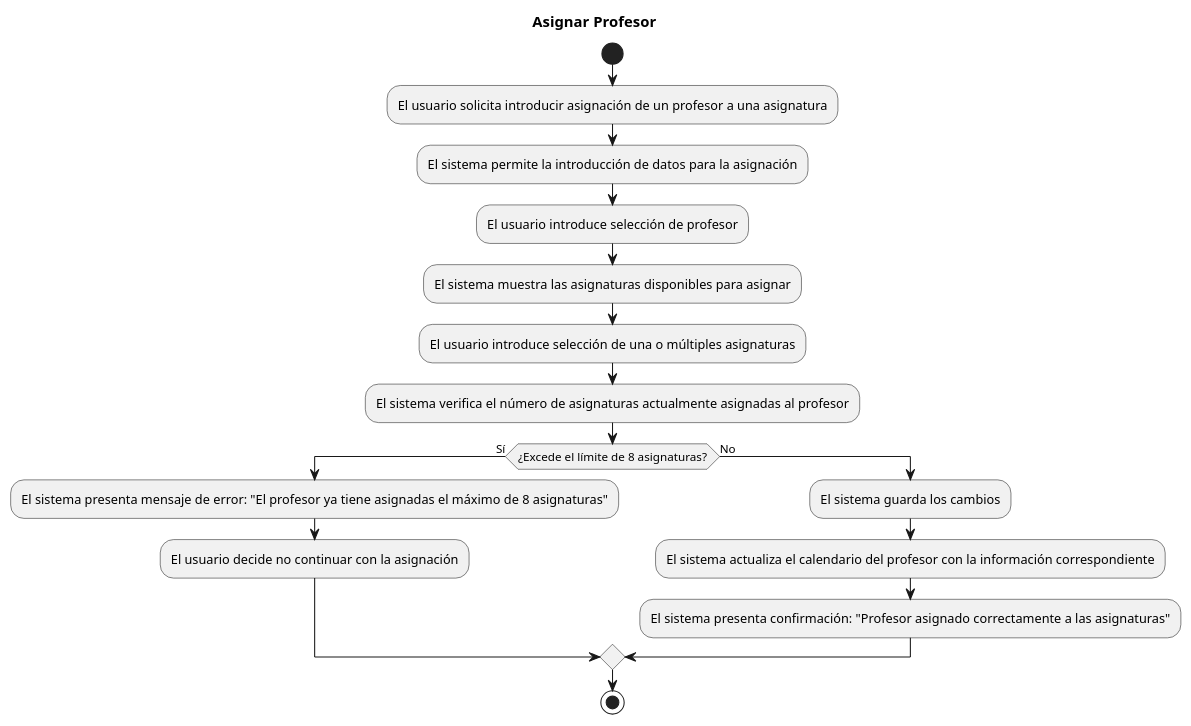
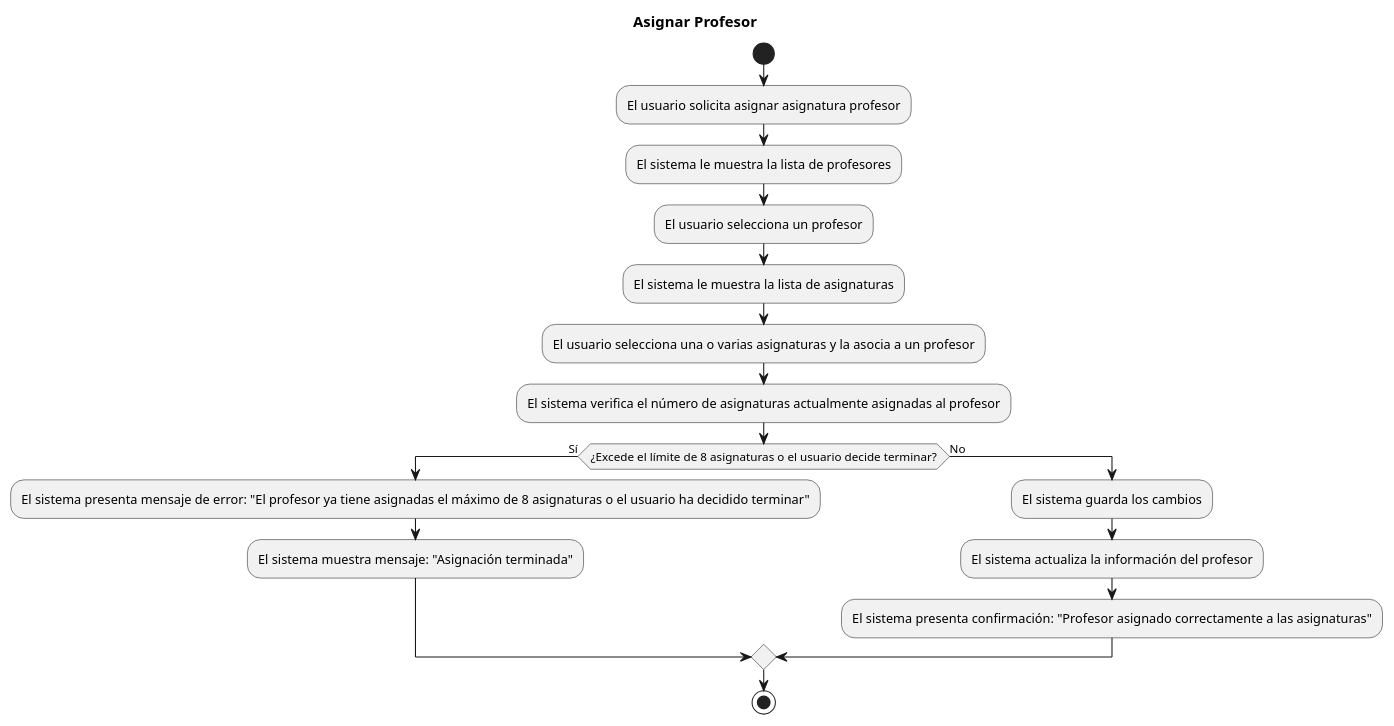
The diagram in casosDeUso/plantUML/AsignarProfesor.puml (mmasias/24-25-IdSw1-SDR), drawn with PlantUML before and after one commit. The commit also changed 5 other files, not shown here.

```diff
--- a/casosDeUso/plantUML/AsignarProfesor.puml
+++ b/casosDeUso/plantUML/AsignarProfesor.puml
@@ -1,19 +1,19 @@
 @startuml
 title Asignar Profesor
 start
-:El usuario solicita introducir asignación de un profesor a una asignatura;
-:El sistema permite la introducción de datos para la asignación;
-:El usuario introduce selección de profesor;
-:El sistema muestra las asignaturas disponibles para asignar;
-:El usuario introduce selección de una o múltiples asignaturas;
+:El usuario solicita asignar asignatura profesor;
+:El sistema le muestra la lista de profesores;
+:El usuario selecciona un profesor;
+:El sistema le muestra la lista de asignaturas;
+:El usuario selecciona una o varias asignaturas y la asocia a un profesor;
 :El sistema verifica el número de asignaturas actualmente asignadas al profesor;
-if (¿Excede el límite de 8 asignaturas?) then (Sí)
-  :El sistema presenta mensaje de error: "El profesor ya tiene asignadas el máximo de 8 asignaturas";
-  :El usuario decide no continuar con la asignación;
+if (¿Excede el límite de 8 asignaturas o el usuario decide terminar?) then (Sí)
+  :El sistema presenta mensaje de error: "El profesor ya tiene asignadas el máximo de 8 asignaturas o el usuario ha decidido terminar";
+  :El sistema muestra mensaje: "Asignación terminada";
 else (No)
   :El sistema guarda los cambios;
-  :El sistema actualiza el calendario del profesor con la información correspondiente;
+  :El sistema actualiza la información del profesor;
   :El sistema presenta confirmación: "Profesor asignado correctamente a las asignaturas";
 endif
 stop
 @enduml
```
